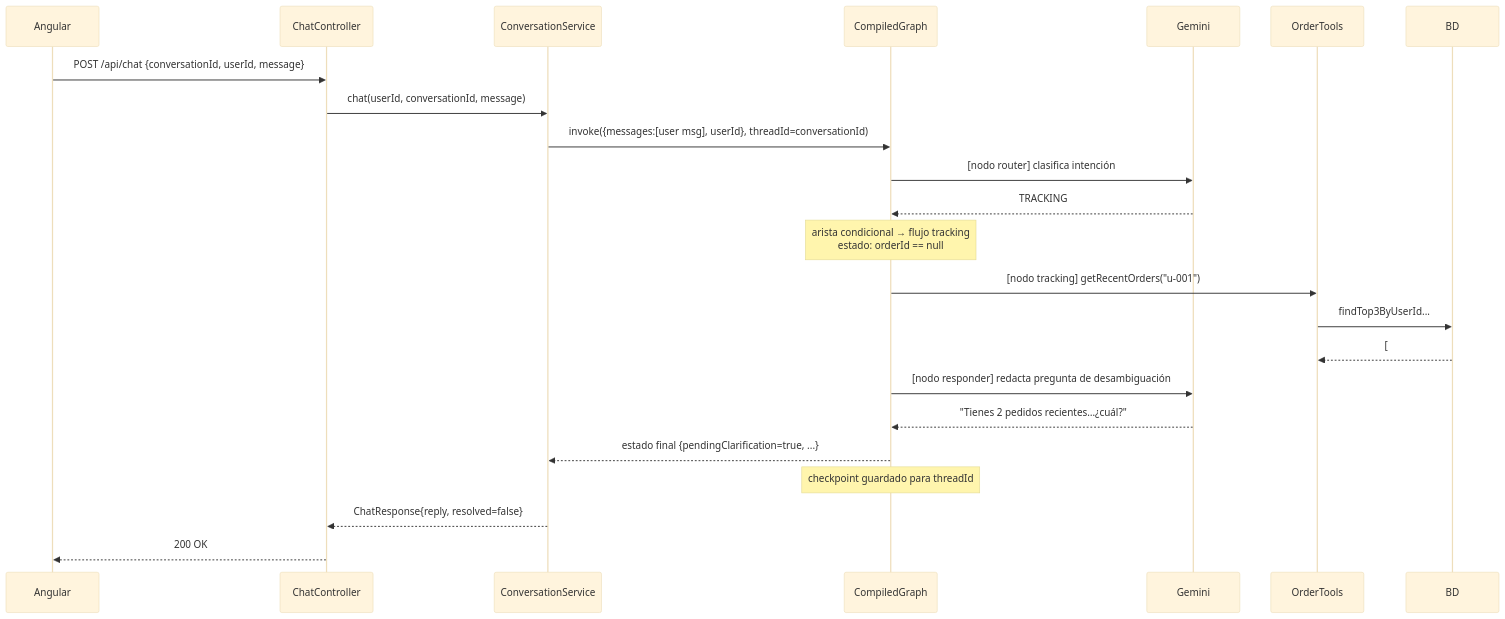
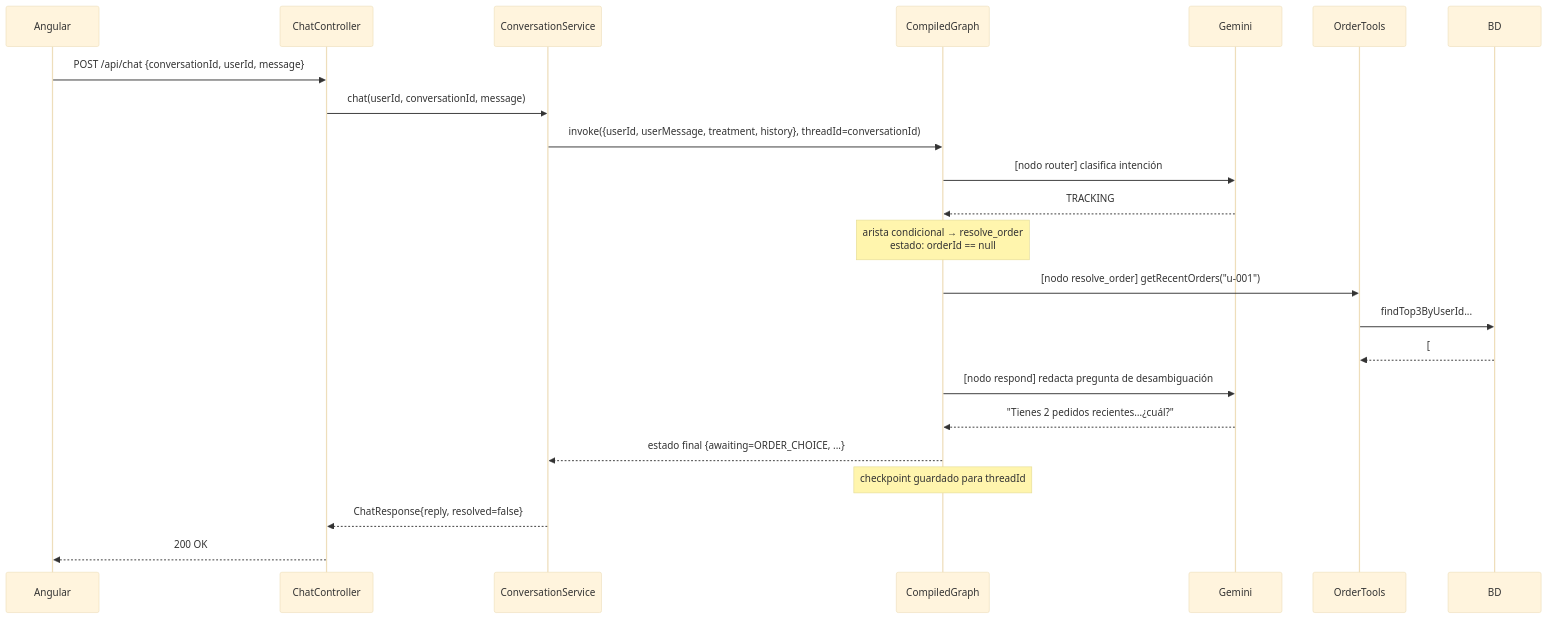
One commit to mikel0ne/ai-platform-portfolio changed the third of 4 diagrams in l1-copilot/docs/arquitectura/02-arquitectura-sistema.md. Above: the diagram before and after it, drawn with Mermaid (base theme). The commit also changed other lines of this file and 17 other files, not shown here.

````diff
--- a/l1-copilot/docs/arquitectura/02-arquitectura-sistema.md
+++ b/l1-copilot/docs/arquitectura/02-arquitectura-sistema.md
@@ -53,26 +55,26 @@
 ```mermaid
 sequenceDiagram
     participant A as Angular
     participant C as ChatController
     participant S as ConversationService
     participant G as CompiledGraph
     participant L as Gemini
     participant T as OrderTools
     participant D as BD
 
     A->>C: POST /api/chat {conversationId, userId, message}
     C->>S: chat(userId, conversationId, message)
-    S->>G: invoke({messages:[user msg], userId}, threadId=conversationId)
+    S->>G: invoke({userId, userMessage, treatment, history}, threadId=conversationId)
     G->>L: [nodo router] clasifica intención
     L-->>G: TRACKING
-    Note over G: arista condicional → flujo tracking<br/>estado: orderId == null
-    G->>T: [nodo tracking] getRecentOrders("u-001")
+    Note over G: arista condicional → resolve_order<br/>estado: orderId == null
+    G->>T: [nodo resolve_order] getRecentOrders("u-001")
     T->>D: findTop3ByUserId...
     D-->>T: [#123 portátil, #456 ratón]
-    G->>L: [nodo responder] redacta pregunta de desambiguación
+    G->>L: [nodo respond] redacta pregunta de desambiguación
     L-->>G: "Tienes 2 pedidos recientes…¿cuál?"
-    G-->>S: estado final {pendingClarification=true, ...}
+    G-->>S: estado final {awaiting=ORDER_CHOICE, ...}
     Note over G: checkpoint guardado para threadId
     S-->>C: ChatResponse{reply, resolved=false}
     C-->>A: 200 OK
 ```
````
